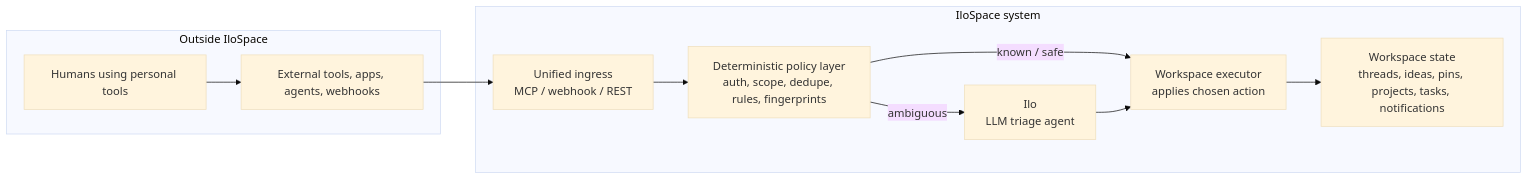
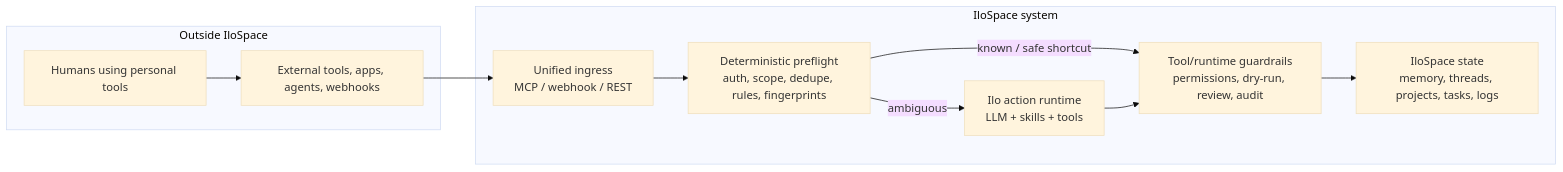
The first of 6 diagrams in docs/prd-inbound-coordination-layer.md (Illospace/illospace), drawn with Mermaid (base theme) before and after one commit. The commit also changed other lines of this file, not shown here.

````diff
--- a/docs/prd-inbound-coordination-layer.md
+++ b/docs/prd-inbound-coordination-layer.md
@@ -224,23 +238,23 @@
 ```mermaid
 flowchart LR
     subgraph Outside["Outside IloSpace"]
         Tools["External tools, apps, agents, webhooks"]
         People["Humans using personal tools"]
     end
 
     subgraph IloSpace["IloSpace system"]
         Ingress["Unified ingress<br/>MCP / webhook / REST"]
-        Policy["Deterministic policy layer<br/>auth, scope, dedupe, rules, fingerprints"]
-        Agent["Ilo<br/>LLM triage agent"]
-        Executor["Workspace executor<br/>applies chosen action"]
-        Workspace["Workspace state<br/>threads, ideas, pins, projects, tasks, notifications"]
+        Policy["Deterministic preflight<br/>auth, scope, dedupe, rules, fingerprints"]
+        Agent["Ilo action runtime<br/>LLM + skills + tools"]
+        Guard["Tool/runtime guardrails<br/>permissions, dry-run, review, audit"]
+        Workspace["IloSpace state<br/>memory, threads, projects, tasks, logs"]
     end
 
     People --> Tools
     Tools --> Ingress
     Ingress --> Policy
-    Policy -->|"known / safe"| Executor
+    Policy -->|"known / safe shortcut"| Guard
     Policy -->|"ambiguous"| Agent
-    Agent --> Executor
-    Executor --> Workspace
+    Agent --> Guard
+    Guard --> Workspace
 ```
````
